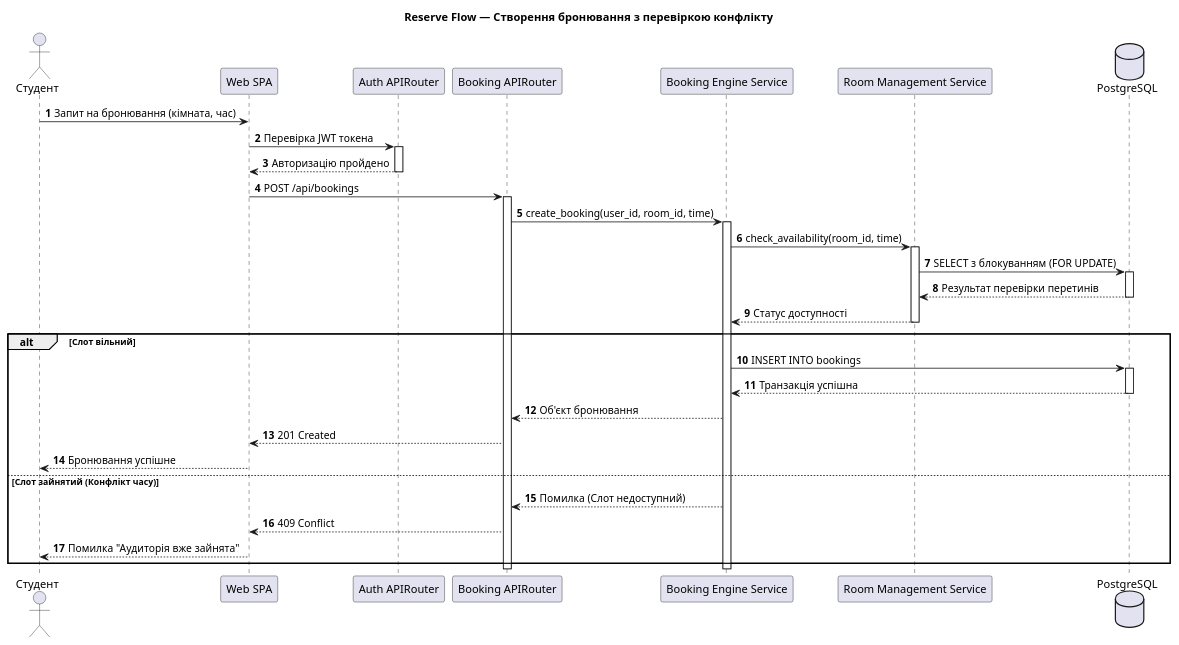
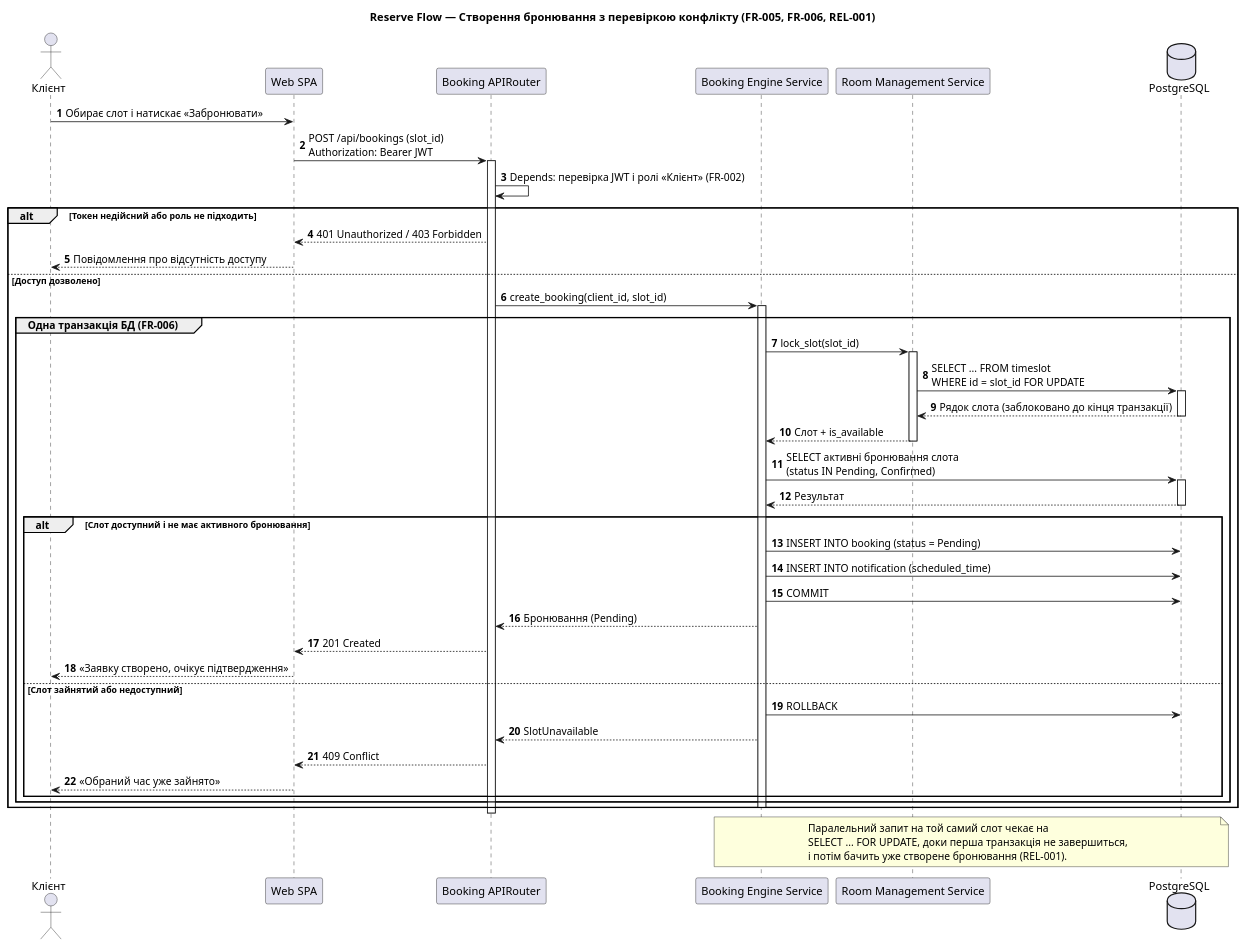
The diagram in docs/architecture/uml/sequence-booking.puml (ukma-fin-ssdm-2026/reserve-flow), drawn with PlantUML before and after one commit. The commit also changed 2 other files, not shown here.

```diff
--- a/docs/architecture/uml/sequence-booking.puml
+++ b/docs/architecture/uml/sequence-booking.puml
@@ -1,52 +1,68 @@
 @startuml
-skinparam componentStyle uml2
 autonumber
 
-title Reserve Flow — Створення бронювання з перевіркою конфлікту
+title Reserve Flow — Створення бронювання з перевіркою конфлікту (FR-005, FR-006, REL-001)
 
-actor "Студент" as User
+actor "Клієнт" as User
 participant "Web SPA" as UI
-participant "Auth APIRouter" as Auth
 participant "Booking APIRouter" as BookAPI
 participant "Booking Engine Service" as BookSvc
 participant "Room Management Service" as RoomSvc
 database "PostgreSQL" as DB
 
-User -> UI: Запит на бронювання (кімната, час)
-UI -> Auth: Перевірка JWT токена
-activate Auth
-Auth --> UI: Авторизацію пройдено
-deactivate Auth
-
-UI -> BookAPI: POST /api/bookings
+User -> UI: Обирає слот і натискає «Забронювати»
+UI -> BookAPI: POST /api/bookings (slot_id)\nAuthorization: Bearer JWT
 activate BookAPI
 
-BookAPI -> BookSvc: create_booking(user_id, room_id, time)
-activate BookSvc
+BookAPI -> BookAPI: Depends: перевірка JWT і ролі «Клієнт» (FR-002)
 
-BookSvc -> RoomSvc: check_availability(room_id, time)
-activate RoomSvc
-RoomSvc -> DB: SELECT з блокуванням (FOR UPDATE)
-activate DB
-DB --> RoomSvc: Результат перевірки перетинів
-deactivate DB
-RoomSvc --> BookSvc: Статус доступності
-deactivate RoomSvc
+alt Токен недійсний або роль не підходить
+    BookAPI --> UI: 401 Unauthorized / 403 Forbidden
+    UI --> User: Повідомлення про відсутність доступу
+else Доступ дозволено
+    BookAPI -> BookSvc: create_booking(client_id, slot_id)
+    activate BookSvc
 
-alt Слот вільний
-    BookSvc -> DB: INSERT INTO bookings
-    activate DB
-    DB --> BookSvc: Транзакція успішна
-    deactivate DB
-    BookSvc --> BookAPI: Об'єкт бронювання
-    BookAPI --> UI: 201 Created
-    UI --> User: Бронювання успішне
-else Слот зайнятий (Конфлікт часу)
-    BookSvc --> BookAPI: Помилка (Слот недоступний)
-    BookAPI --> UI: 409 Conflict
-    UI --> User: Помилка "Аудиторія вже зайнята"
+    group Одна транзакція БД (FR-006)
+        BookSvc -> RoomSvc: lock_slot(slot_id)
+        activate RoomSvc
+        RoomSvc -> DB: SELECT ... FROM timeslot\nWHERE id = slot_id FOR UPDATE
+        activate DB
+        DB --> RoomSvc: Рядок слота (заблоковано до кінця транзакції)
+        deactivate DB
+        RoomSvc --> BookSvc: Слот + is_available
+        deactivate RoomSvc
+
+        BookSvc -> DB: SELECT активні бронювання слота\n(status IN Pending, Confirmed)
+        activate DB
+        DB --> BookSvc: Результат
+        deactivate DB
+
+        alt Слот доступний і не має активного бронювання
+            BookSvc -> DB: INSERT INTO booking (status = Pending)
+            BookSvc -> DB: INSERT INTO notification (scheduled_time)
+            BookSvc -> DB: COMMIT
+            BookSvc --> BookAPI: Бронювання (Pending)
+            BookAPI --> UI: 201 Created
+            UI --> User: «Заявку створено, очікує підтвердження»
+        else Слот зайнятий або недоступний
+            BookSvc -> DB: ROLLBACK
+            BookSvc --> BookAPI: SlotUnavailable
+            BookAPI --> UI: 409 Conflict
+            UI --> User: «Обраний час уже зайнято»
+        end
+    end
+
+    deactivate BookSvc
 end
 
-deactivate BookSvc
 deactivate BookAPI
+
+note over BookSvc, DB
+Паралельний запит на той самий слот чекає на
+SELECT ... FOR UPDATE, доки перша транзакція не завершиться,
+і потім бачить уже створене бронювання (REL-001).
+end note
+
+' --- Використання ШІ: виправлену версію підготовлено за допомогою ШІ Claude на основі попередньої діаграми команди, HLD і моделі даних. Перевірено і затверджено командою ---
 @enduml
```
